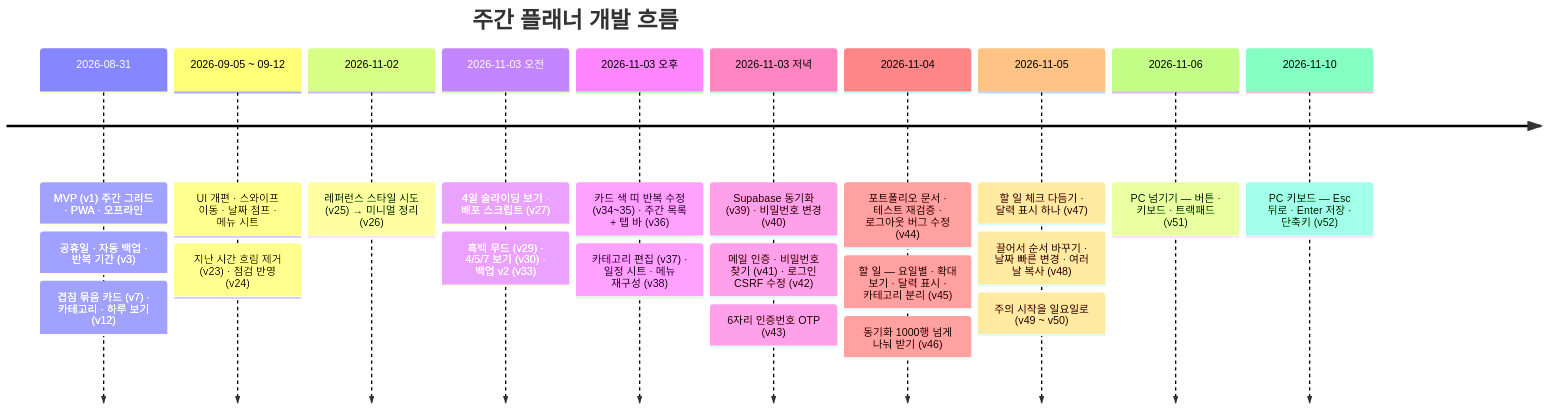
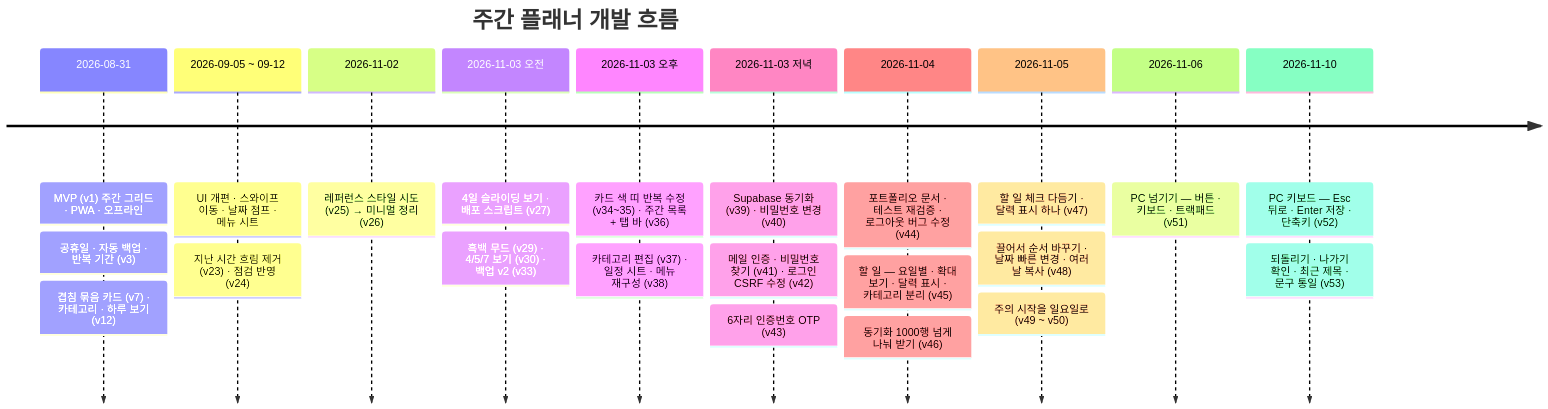
The second of 2 diagrams in docs/README.md (jmg0929/weekly-planner), drawn with Mermaid before and after one commit. The commit also changed other lines of this file and 12 other files, not shown here.

````diff
--- a/docs/README.md
+++ b/docs/README.md
@@ -122,25 +123,26 @@
 ```mermaid
 timeline
   title 주간 플래너 개발 흐름
   2026-08-31 : MVP (v1) 주간 그리드 · PWA · 오프라인
              : 공휴일 · 자동 백업 · 반복 기간 (v3)
              : 겹침 묶음 카드 (v7) · 카테고리 · 하루 보기 (v12)
   2026-09-05 ~ 09-12 : UI 개편 · 스와이프 이동 · 날짜 점프 · 메뉴 시트
                      : 지난 시간 흐림 제거 (v23) · 점검 반영 (v24)
   2026-11-02 : 레퍼런스 스타일 시도 (v25) → 미니멀 정리 (v26)
   2026-11-03 오전 : 4일 슬라이딩 보기 · 배포 스크립트 (v27)
                  : 흑백 무드 (v29) · 4/5/7 보기 (v30) · 백업 v2 (v33)
   2026-11-03 오후 : 카드 색 띠 반복 수정 (v34~35) · 주간 목록 + 탭 바 (v36)
                  : 카테고리 편집 (v37) · 일정 시트 · 메뉴 재구성 (v38)
   2026-11-03 저녁 : Supabase 동기화 (v39) · 비밀번호 변경 (v40)
                  : 메일 인증 · 비밀번호 찾기 (v41) · 로그인 CSRF 수정 (v42)
                  : 6자리 인증번호 OTP (v43)
   2026-11-04 : 포트폴리오 문서 · 테스트 재검증 · 로그아웃 버그 수정 (v44)
              : 할 일 — 요일별 · 확대 보기 · 달력 표시 · 카테고리 분리 (v45)
              : 동기화 1000행 넘게 나눠 받기 (v46)
   2026-11-05 : 할 일 체크 다듬기 · 달력 표시 하나 (v47)
              : 끌어서 순서 바꾸기 · 날짜 빠른 변경 · 여러 날 복사 (v48)
              : 주의 시작을 일요일로 (v49 ~ v50)
   2026-11-06 : PC 넘기기 — 버튼 · 키보드 · 트랙패드 (v51)
   2026-11-10 : PC 키보드 — Esc 뒤로 · Enter 저장 · 단축키 (v52)
+             : 되돌리기 · 나가기 확인 · 최근 제목 · 문구 통일 (v53)
 ```
````
